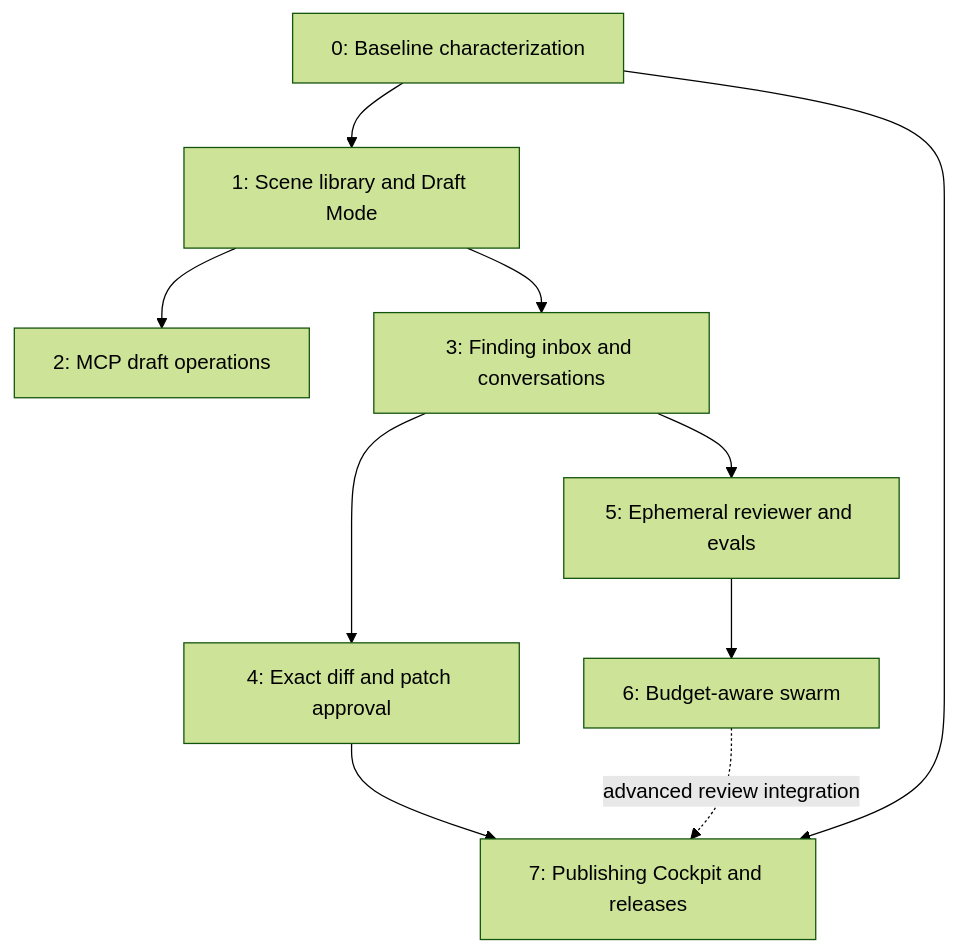
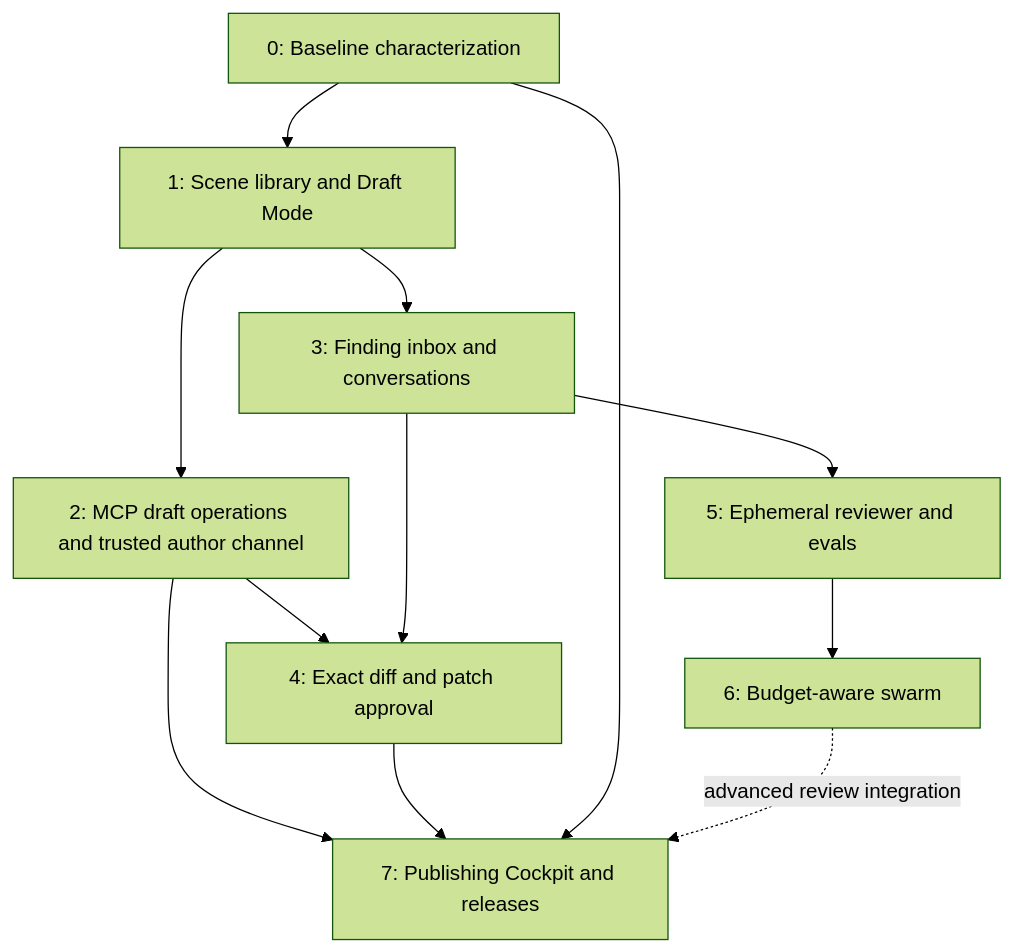
The sixth of 6 diagrams in docs/architecture/orchestration-v0.2.1.md (Arcadesys/heinlein), drawn with Mermaid (forest theme) before and after one commit. The commit also changed other lines of this file, not shown here.

Commit message:
docs: enforce scoped draft authority, trusted approvals, and journaled recovery

````diff
--- a/docs/architecture/orchestration-v0.2.1.md
+++ b/docs/architecture/orchestration-v0.2.1.md
@@ -387,12 +441,14 @@
 ```mermaid
 flowchart TD
   S0["0: Baseline characterization"] --> S1["1: Scene library and Draft Mode"]
-  S1 --> S2["2: MCP draft operations"]
+  S1 --> S2["2: MCP draft operations and trusted author channel"]
   S1 --> S3["3: Finding inbox and conversations"]
-  S3 --> S4["4: Exact diff and patch approval"]
+  S2 --> S4["4: Exact diff and patch approval"]
+  S3 --> S4
   S3 --> S5["5: Ephemeral reviewer and evals"]
   S5 --> S6["6: Budget-aware swarm"]
-  S4 --> S7["7: Publishing Cockpit and releases"]
+  S2 --> S7["7: Publishing Cockpit and releases"]
+  S4 --> S7
   S0 --> S7
   S6 -. "advanced review integration" .-> S7
 ```
````
